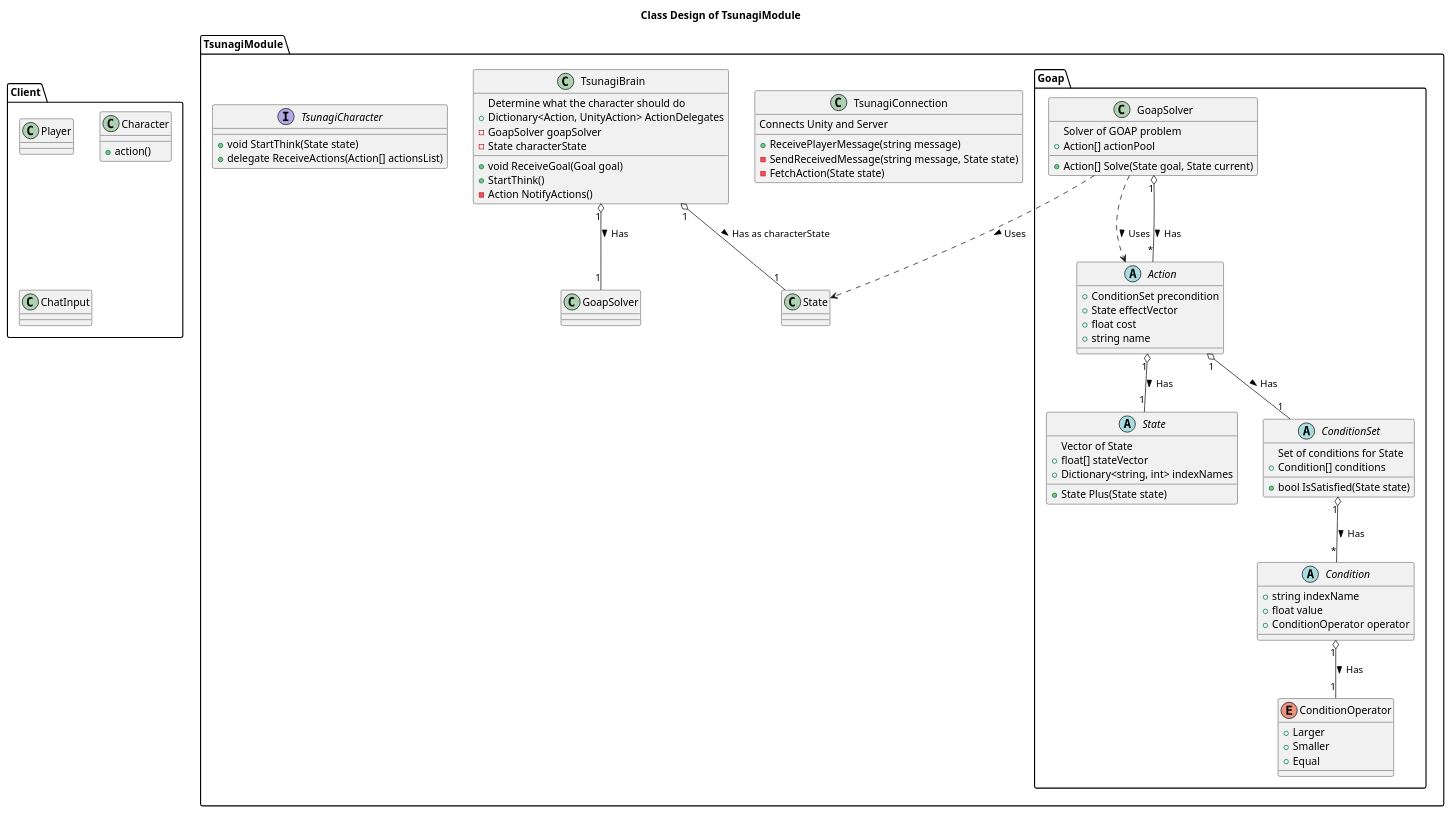
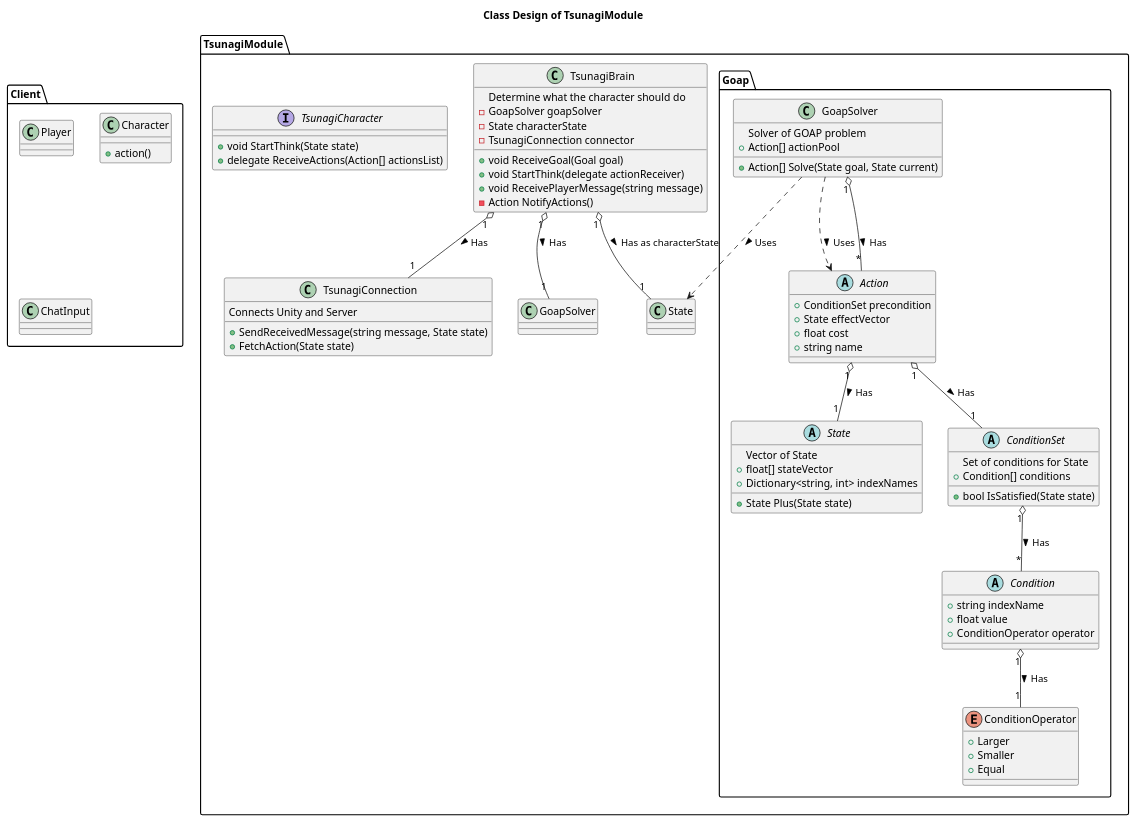
The diagram in classes.puml (tsunagi-ai/UnityModuleDesign), drawn with PlantUML before and after one commit.

Commit message:
design TsunagiConnection

```diff
--- a/classes.puml
+++ b/classes.puml
@@ -1,90 +1,91 @@
 @startuml
 title Class Design of TsunagiModule
 
 package TsunagiModule {
-  class TsunagiConnection {
-    Connects Unity and Server
-    +ReceivePlayerMessage(string message)
-    -SendReceivedMessage(string message, State state)
-    -FetchAction(State state)
-  }
-
   class TsunagiBrain {
     Determine what the character should do
-    +Dictionary<Action, UnityAction> ActionDelegates
     +void ReceiveGoal(Goal goal)
-    +StartThink()
+    +void StartThink(delegate actionReceiver)
+    +void ReceivePlayerMessage(string message)
     -Action NotifyActions()
     -GoapSolver goapSolver
     -State characterState
+    -TsunagiConnection connector
   }
   TsunagiBrain "1" o-- "1" GoapSolver : Has >
   TsunagiBrain "1" o-- "1" State : Has as characterState >
+  TsunagiBrain "1" o-- "1" TsunagiConnection : Has >
   
+  class TsunagiConnection {
+    Connects Unity and Server
+    +SendReceivedMessage(string message, State state)
+    +FetchAction(State state)
+  }
+
   interface TsunagiCharacter {
     +void StartThink(State state)
     +delegate ReceiveActions(Action[] actionsList)
   }
 
   package Goap{
     class GoapSolver {
       Solver of GOAP problem
       +Action[] Solve(State goal, State current)
       +Action[] actionPool
     }
     GoapSolver ..> State : Uses >
     GoapSolver ..> Action : Uses >
     GoapSolver "1" o-- "*" Action : Has >
 
     abstract State{
       Vector of State
       +State Plus(State state)
       +float[] stateVector
       +Dictionary<string, int> indexNames
     }
 
     abstract Action {
       +ConditionSet precondition
       +State effectVector
       +float cost
       +string name
     }
     Action "1" o-- "1" State : Has >
     Action "1" o-- "1" ConditionSet : Has >
 
     abstract ConditionSet{
       Set of conditions for State
       +bool IsSatisfied(State state)
       +Condition[] conditions
     }
     ConditionSet "1" o-- "*" Condition : Has >
 
     abstract Condition{
       +string indexName
       +float value
       +ConditionOperator operator
     }
     Condition "1" o-- "1" ConditionOperator : Has >
 
     enum ConditionOperator {
       +Larger
       +Smaller
       +Equal
     }
   }
 }
 
 package Client{
   class Player {
   }
 
   class Character {
     +action()
   }
 
   class ChatInput {
 
   }
 }
 
 @enduml
```
